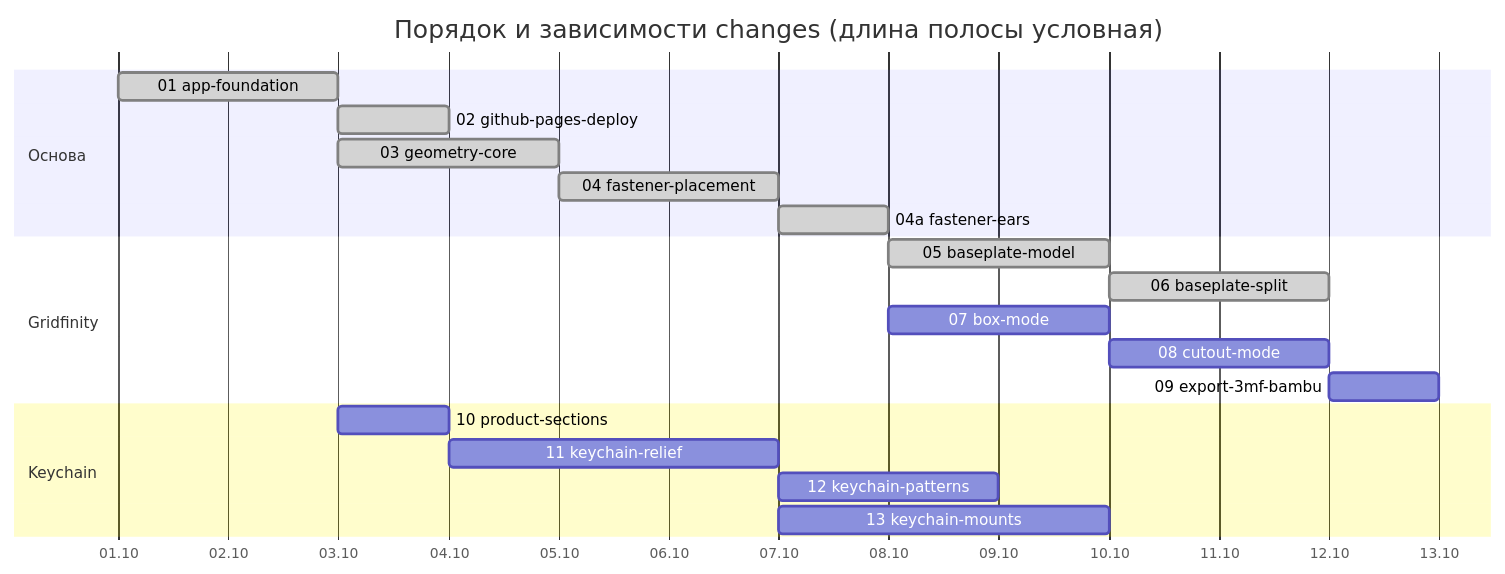
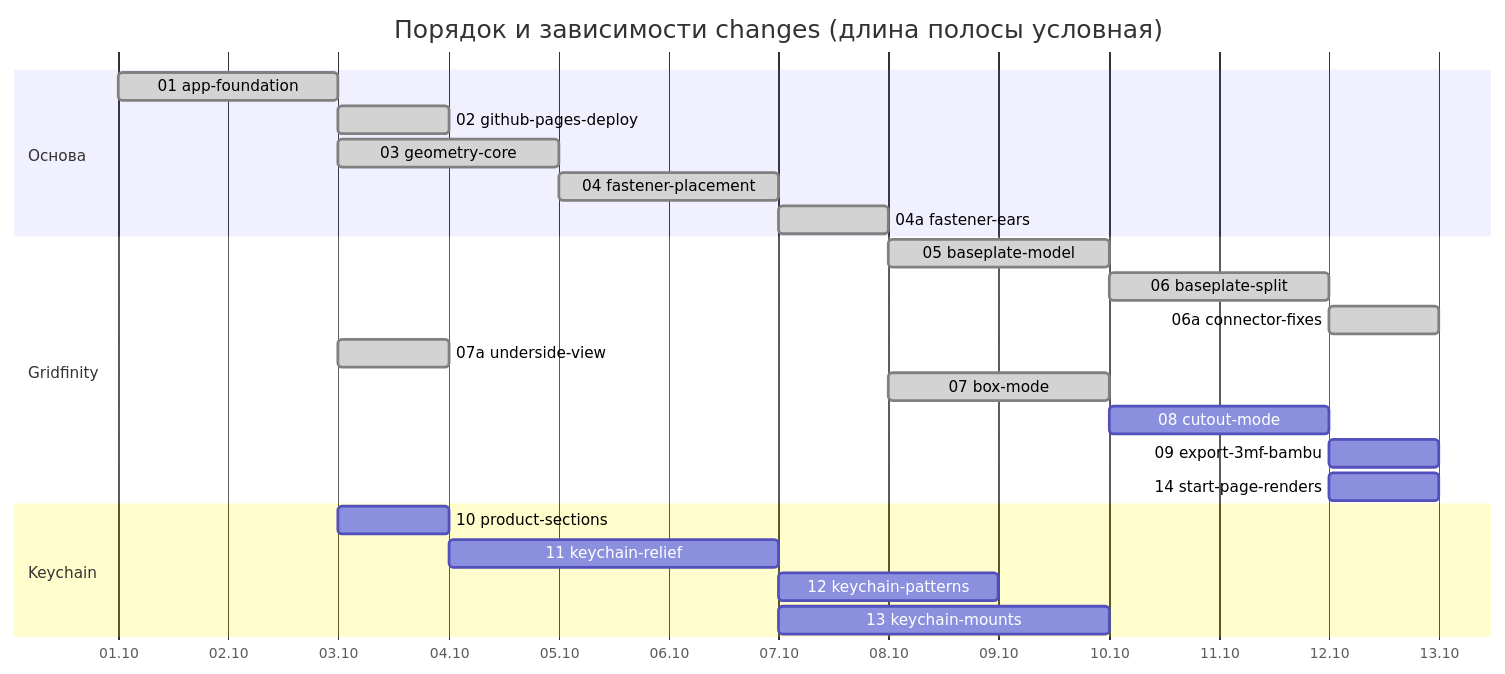
Before and after one commit to YokiToki/gridfinity: the diagram in openspec/ROADMAP.md, drawn with Mermaid. The commit also changed other lines of this file and 5 other files, not shown here.

Commit message:
Propose 14-start-page-renders (build-time vector renders for start page cards)

````diff
--- a/openspec/ROADMAP.md
+++ b/openspec/ROADMAP.md
@@ -24,23 +25,26 @@
 ```mermaid
 gantt
     title Порядок и зависимости changes (длина полосы условная)
     dateFormat YYYY-MM-DD
     axisFormat %d.%m
     section Основа
     01 app-foundation       :done, c01, 2026-10-01, 2d
     02 github-pages-deploy  :done, c02, after c01, 1d
     03 geometry-core        :done, c03, after c01, 2d
     04 fastener-placement   :done, c04, after c03, 2d
     04a fastener-ears       :done, c04a, after c04, 1d
     section Gridfinity
     05 baseplate-model      :done, c05, after c04a, 2d
     06 baseplate-split      :done, c06, after c05, 2d
-    07 box-mode             :c07, after c04a, 2d
+    06a connector-fixes     :done, c06a, after c06, 1d
+    07a underside-view      :done, c07a, after c01, 1d
+    07 box-mode             :done, c07, after c04a, 2d
     08 cutout-mode          :c08, after c07, 2d
     09 export-3mf-bambu     :c09, after c06 c08, 1d
+    14 start-page-renders   :c14, after c08 c10, 1d
     section Keychain
     10 product-sections     :c10, after c01, 1d
     11 keychain-relief      :c11, after c10, 3d
     12 keychain-patterns    :c12, after c11, 2d
     13 keychain-mounts      :c13, after c11, 3d
 ```
````
